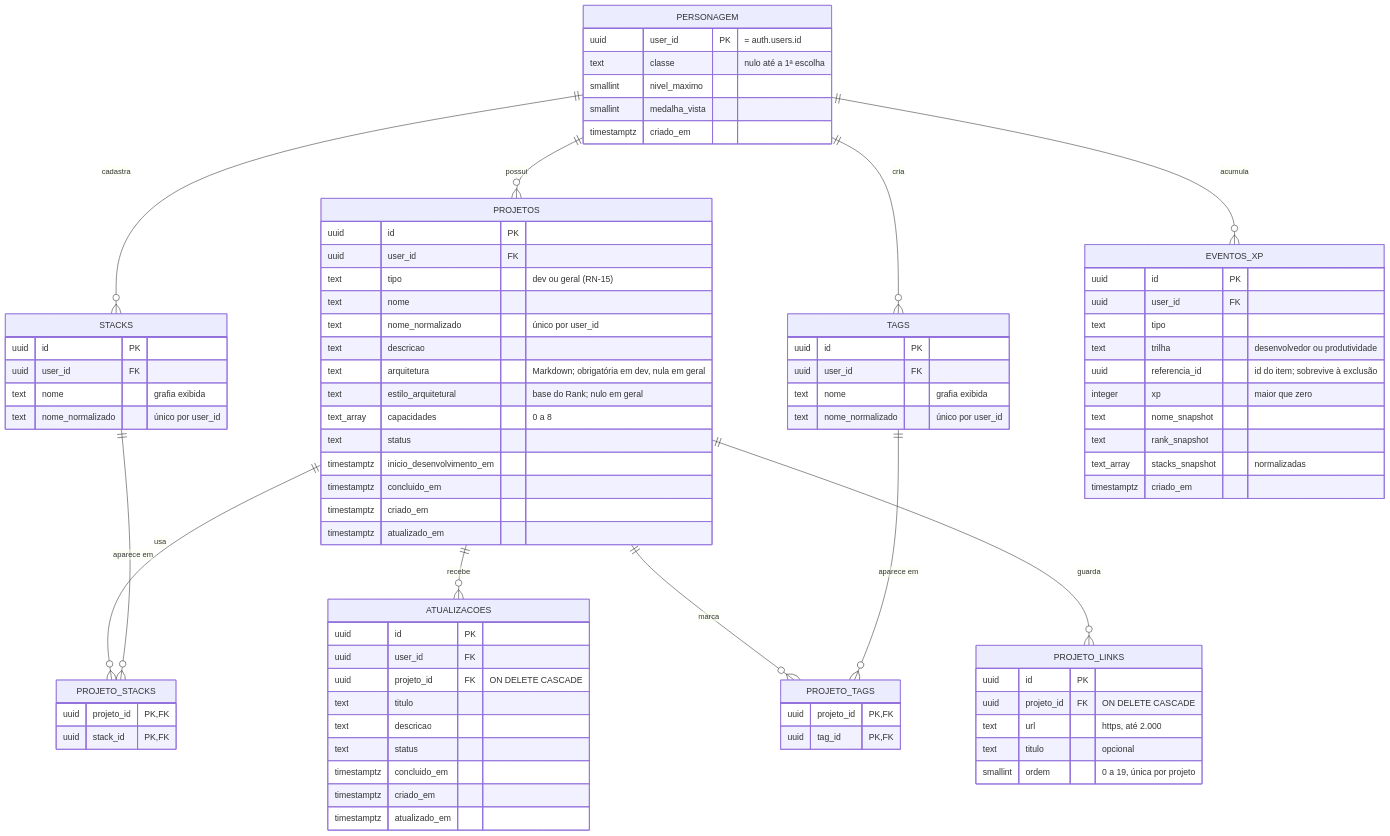
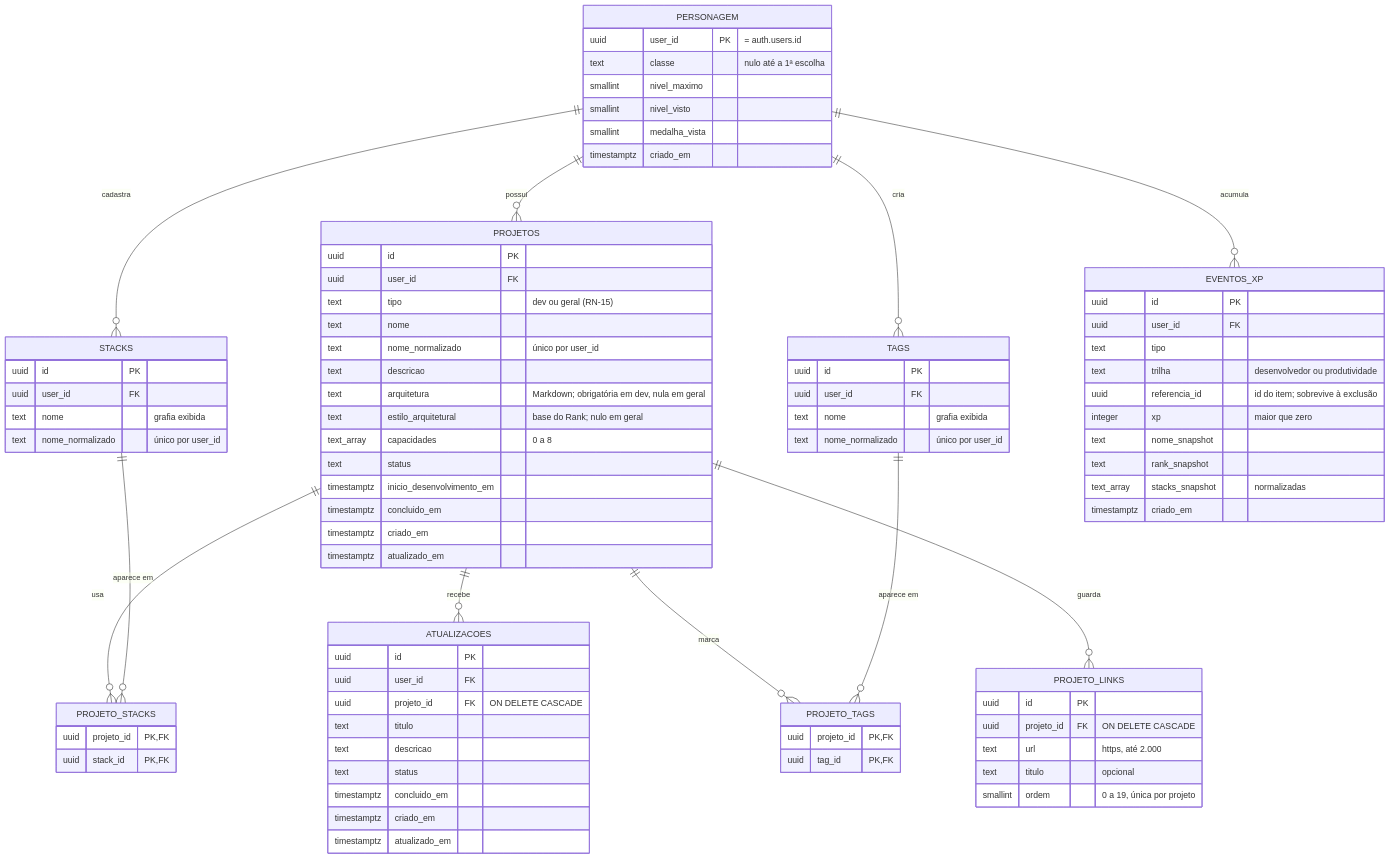
The diagram in docs/modelo-de-dados.md (BrenoZG/gestor-projetos-rpg), drawn with Mermaid before and after one commit. The commit also changed other lines of this file and 5 other files, not shown here.

```diff
--- a/docs/modelo-de-dados.md
+++ b/docs/modelo-de-dados.md
@@ -23,6 +23,7 @@
         uuid user_id PK "= auth.users.id"
         text classe "nulo até a 1ª escolha"
         smallint nivel_maximo
+        smallint nivel_visto
         smallint medalha_vista
         timestamptz criado_em
     }
```
